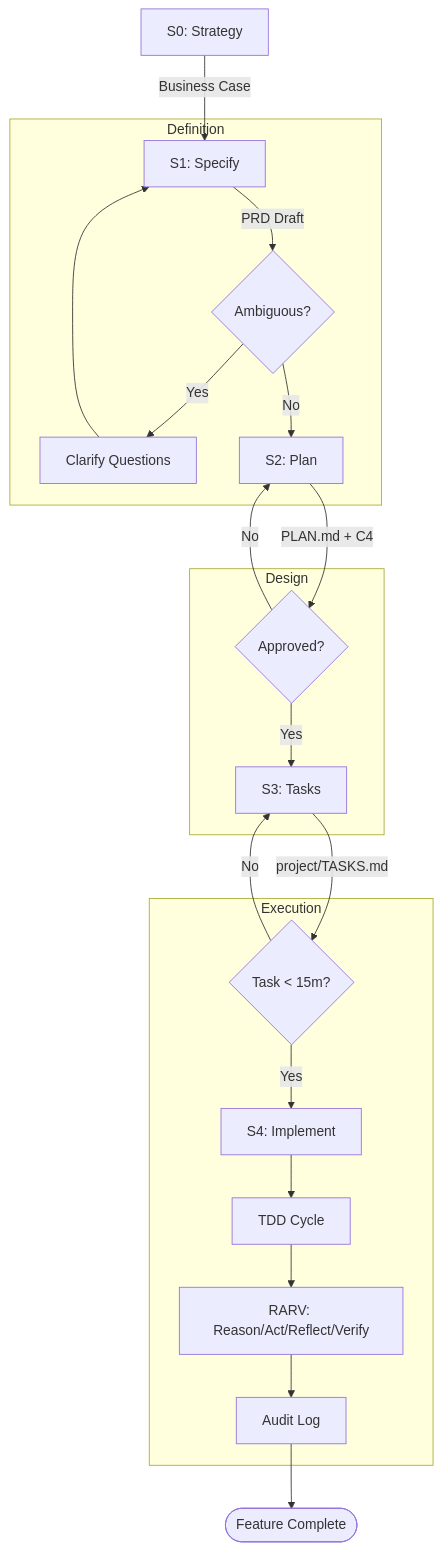
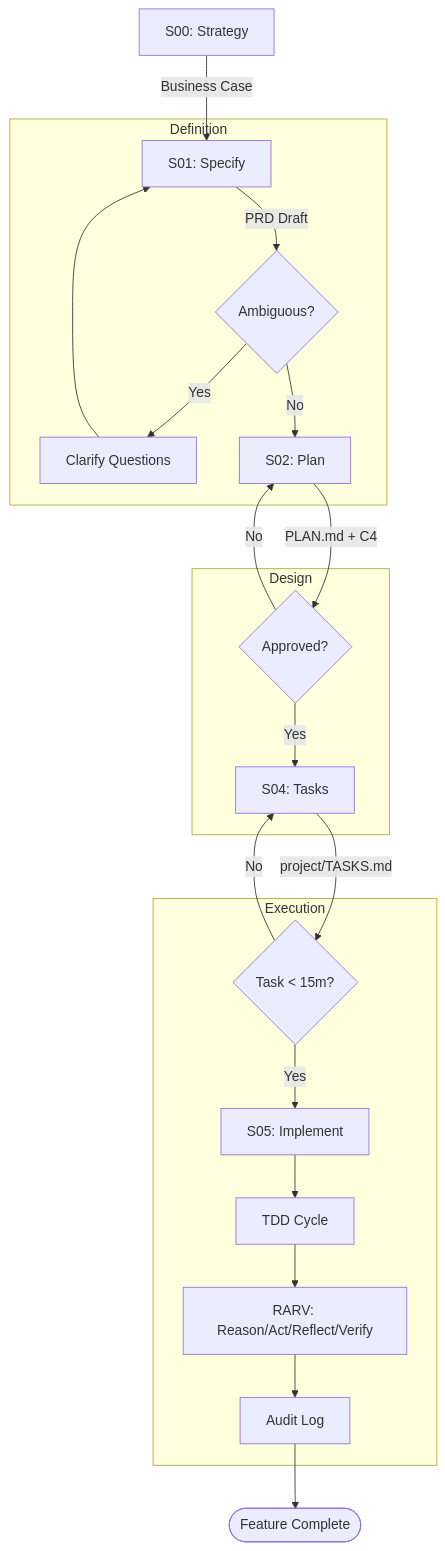
Before and after one commit to andreibesleaga/GABBE: the third of 4 diagrams in README.md, drawn with Mermaid. The commit also changed other lines of this file and 206 other files, not shown here.

````diff
--- a/README.md
+++ b/README.md
@@ -341,29 +341,29 @@
 ```mermaid
 flowchart TD
-    S0[S0: Strategy] -->|Business Case| S1[S1: Specify]
+    S0[S00: Strategy] -->|Business Case| S1[S01: Specify]
     
     subgraph Definition
         S1 -->|PRD Draft| Ambiguity{Ambiguous?}
         Ambiguity -- Yes --> Clarify[Clarify Questions]
         Clarify --> S1
-        Ambiguity -- No --> S2[S2: Plan]
+        Ambiguity -- No --> S2[S02: Plan]
     end
 
     subgraph Design
         S2 -->|PLAN.md + C4| Review1{Approved?}
         Review1 -- No --> S2
-        Review1 -- Yes --> S3[S3: Tasks]
+        Review1 -- Yes --> S3[S04: Tasks]
     end
 
     subgraph Execution
         S3 -->|project/TASKS.md| Decomp{Task < 15m?}
         Decomp -- No --> S3
-        Decomp -- Yes --> S4[S4: Implement]
+        Decomp -- Yes --> S4[S05: Implement]
         
         S4 --> TDD[TDD Cycle]
         TDD --> RARV[RARV: Reason/Act/Reflect/Verify]
         RARV --> Audit[Audit Log]
     end
 
     Audit --> Done([Feature Complete])
 ```
````
